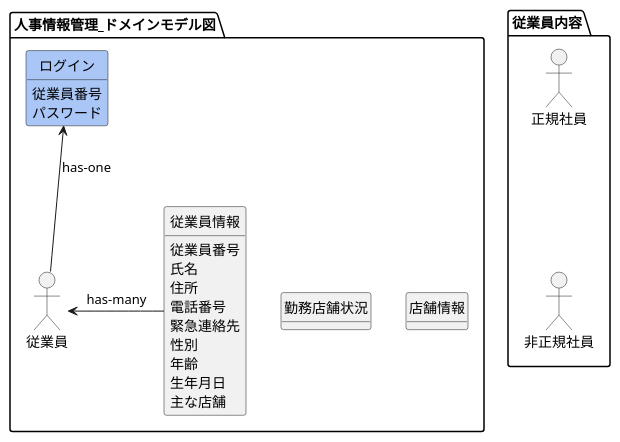
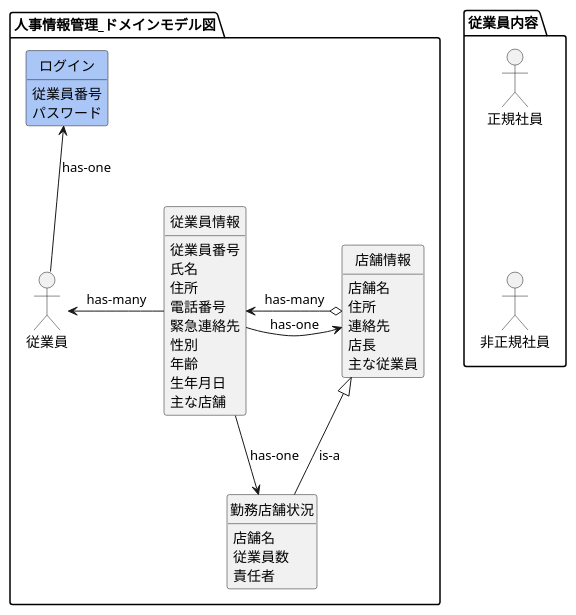
One commit to HaruShim/Sotuken changed the diagram in 各種設計書/1ドメインモデル図/ドメインモデル図_人事.wsd. Above: the diagram before and after it, drawn with PlantUML. The commit also changed 3 other files, not shown here.

```diff
--- a/各種設計書/1ドメインモデル図/ドメインモデル図_人事.wsd
+++ b/各種設計書/1ドメインモデル図/ドメインモデル図_人事.wsd
@@ -1,60 +1,61 @@
 @startuml domainmodel
 ' left to right direction
 
 hide circle
 hide method
 
 package 従業員内容 {
   mix_actor 正規社員 
   mix_actor 非正規社員
 }
 
 正規社員 -[hidden]- 非正規社員
 
 package 人事情報管理_ドメインモデル図{
   mix_actor 従業員
   class 従業員情報
   class 店舗情報
   class 勤務店舗状況
   class ログイン #A9C6F6
 
   従業員情報 -[hidden]left- 従業員
 
   ログイン : 従業員番号
   ログイン : パスワード
 
   従業員情報 : 従業員番号
   従業員情報 : 氏名
   従業員情報 : 住所
   従業員情報 : 電話番号
   従業員情報 : 緊急連絡先
   従業員情報 : 性別
   従業員情報 : 年齢
   従業員情報 : 生年月日
   従業員情報 : 主な店舗
-  ' 店舗情報 : 店舗名
-  ' 店舗情報 : 住所
-  ' 店舗情報 : 連絡先
-  ' 店舗情報 : 店長
-  ' 店舗情報 : 主な従業員
-  ' 勤務店舗状況 : 店舗名
-  ' 勤務店舗状況 : 従業員数
-  ' 勤務店舗状況 : 責任者
+  店舗情報 : 店舗名
+  店舗情報 : 住所
+  店舗情報 : 連絡先
+  店舗情報 : 店長
+  店舗情報 : 主な従業員
+  勤務店舗状況 : 店舗名
+  勤務店舗状況 : 従業員数
+  勤務店舗状況 : 責任者
 
   従業員 -up-> ログイン : has-one 
   従業員 <- 従業員情報 : has-many
-  従業員情報 -[hidden]right- 店舗情報
-  従業員情報 -[hidden]right- 勤務店舗状況  
+  従業員情報 -right-> 店舗情報 : has-one 
+  従業員情報 --> 勤務店舗状況 : has-one
+  店舗情報 <|-- 勤務店舗状況 : is-a
   ' 従業員情報 -[hidden]- 店舗情報
   ' 従業員情報 --> 店舗情報
-  ' 店舗情報 o--> 従業員情報 : has-many
+  店舗情報 o--> 従業員情報 : has-many
   ' 店舗情報 -[hidden]down- 勤務店舗状況
 
   ' 正規社員 -[hidden]up- 従業員情報 
 
   ' 正規社員 -> 従業員情報 : has-one
   ' 非正規社員 -> 従業員情報 : has-one
   ' 非正規社員 -> 勤務店舗状況 : has-one
   ' 店舗情報 o--> 勤務店舗状況 :has-many
 }
 @enduml
```
